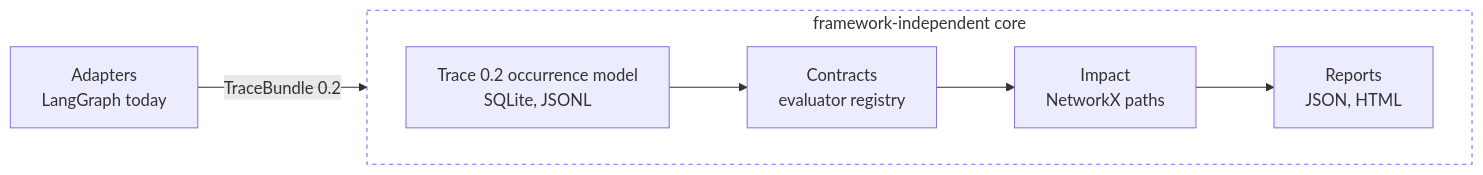
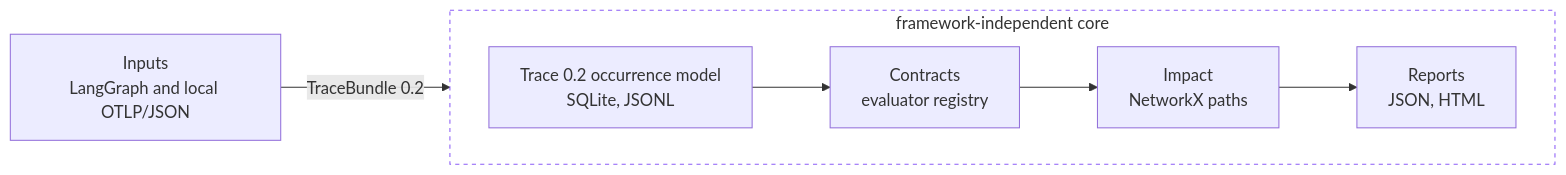
The second of 2 diagrams in README.md (graphabi/graphabi), drawn with Mermaid before and after one commit. The commit also changed other lines of this file and 14 other files, not shown here.

Commit message:
feat: import local OTLP JSON traces (#19)

````diff
--- a/README.md
+++ b/README.md
@@ -116,19 +116,19 @@
 ```mermaid
 flowchart LR
-    A["Adapters<br/>LangGraph today"]
+    A["Inputs<br/>LangGraph and local OTLP/JSON"]
 
     subgraph core ["framework-independent core"]
         direction LR
         T["Trace 0.2 occurrence model<br/>SQLite, JSONL"]
         C["Contracts<br/>evaluator registry"]
         I["Impact<br/>NetworkX paths"]
         R["Reports<br/>JSON, HTML"]
         T --> C --> I --> R
     end
 
     A -- "TraceBundle 0.2" --> T
 
     classDef stage stroke-width:1px
     class A,T,C,I,R stage
     style core fill:none,stroke:#8B5CF6,stroke-dasharray: 4 4
 ```
````
